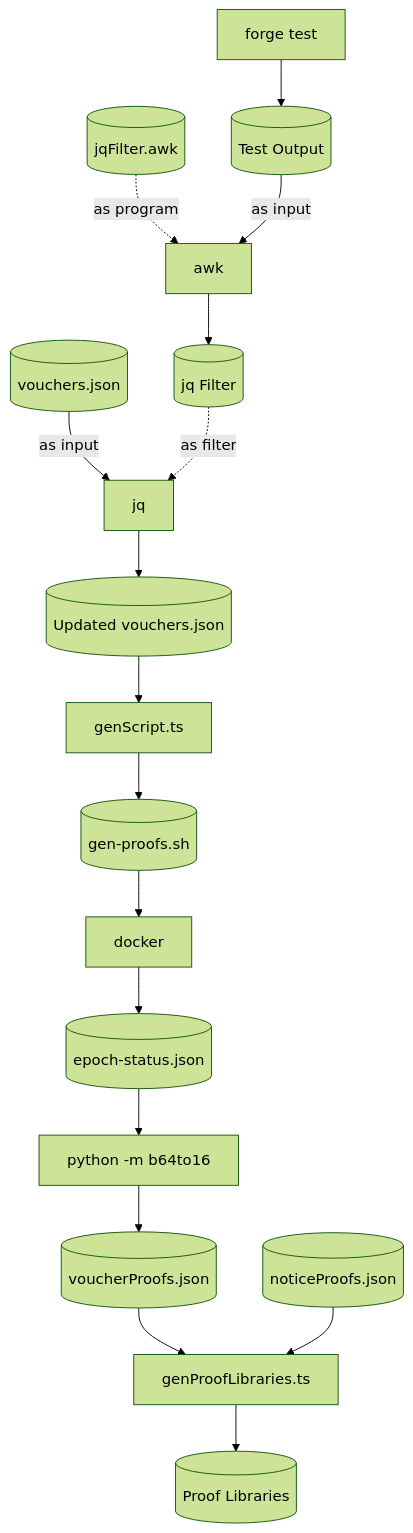
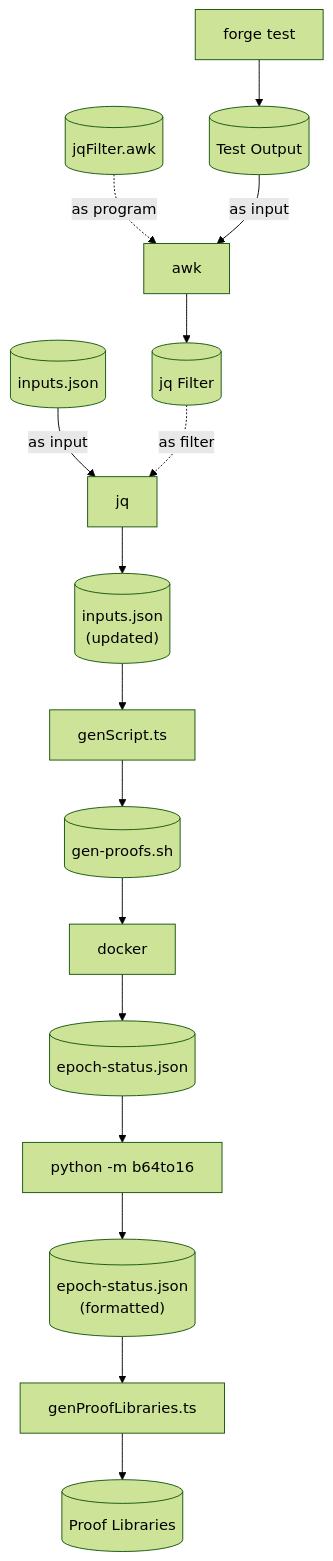
One commit to dapp-dragonxmlp09/rollups-contracts changed the diagram in onchain/rollups-simplified/test/foundry/dapp/helper/README.md. Above: the diagram before and after it, drawn with Mermaid (forest theme).

````diff
--- a/onchain/rollups-simplified/test/foundry/dapp/helper/README.md
+++ b/onchain/rollups-simplified/test/foundry/dapp/helper/README.md
@@ -72,15 +72,15 @@
 ```mermaid
 graph TD
     forge[forge test] --> testOutput[(Test Output)]
     jqFilterProgram[(jqFilter.awk)] -. as program .-> awk
     testOutput -- as input --> awk
     awk --> jqFilter[(jq Filter)]
-    vouchers[(vouchers.json)] -- as input --> jq
+    inputs[(inputs.json)] -- as input --> jq
     jqFilter -. as filter .-> jq
-    jq --> updatedVouchers[(Updated vouchers.json)]
-    updatedVouchers --> genScript.ts --> script[(gen-proofs.sh)]
+    jq --> updatedInputs[("inputs.json\n(updated)")]
+    updatedInputs --> genScript.ts --> script[(gen-proofs.sh)]
     script --> docker --> epochStatus[(epoch-status.json)]
-    epochStatus --> b64to16[python -m b64to16] --> voucherProofs[(voucherProofs.json)]
-    voucherProofs[(voucherProofs.json)] & noticeProofs[(noticeProofs.json)] --> genProofLibraries.ts
+    epochStatus --> b64to16[python -m b64to16] --> formatedEpochStatus[("epoch-status.json\n(formatted)")]
+    formatedEpochStatus --> genProofLibraries.ts
     genProofLibraries.ts --> proofLibraries[(Proof Libraries)]
 ```
````
